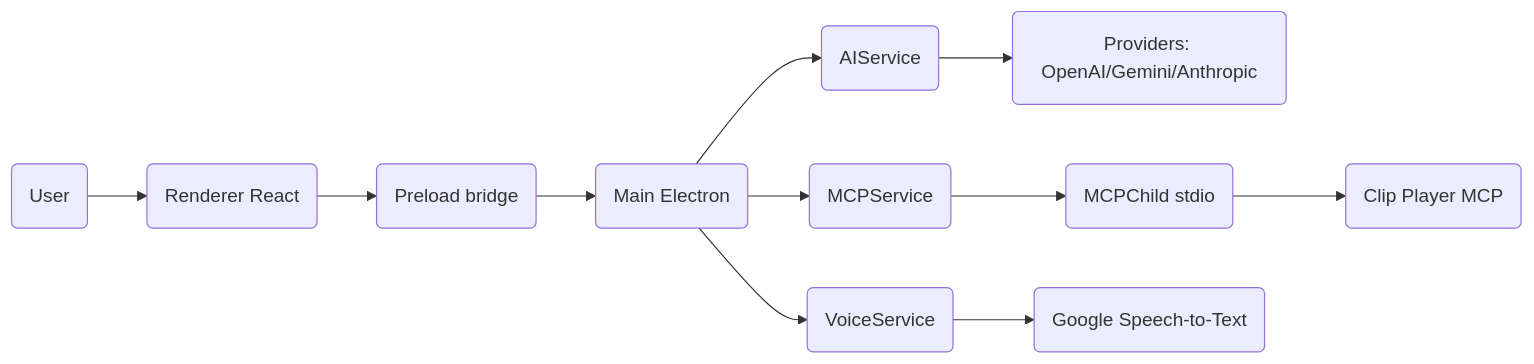
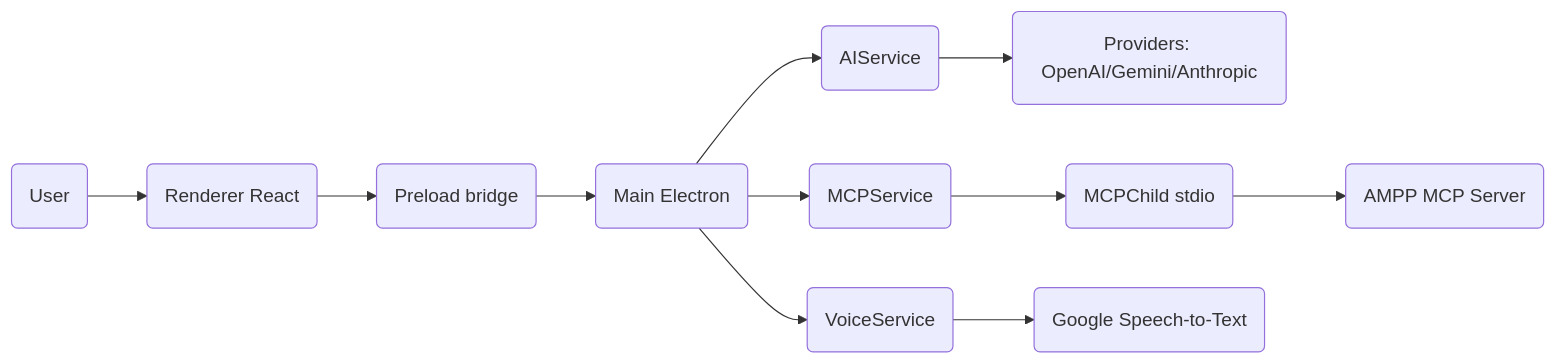
The first of 5 diagrams in docs/ARCHITECTURE.md (DJDodds/OctAIvius), drawn with Mermaid before and after one commit. The commit also changed other lines of this file and 50 other files, not shown here.

````diff
--- a/docs/ARCHITECTURE.md
+++ b/docs/ARCHITECTURE.md
@@ -16,13 +16,13 @@
 ```mermaid
 flowchart LR
   U(User) --> R(Renderer React)
   R --> P(Preload bridge)
   P --> M(Main Electron)
   M --> AIS(AIService)
   M --> MCPS(MCPService)
   M --> VS(VoiceService)
   AIS --> AIP(Providers: OpenAI/Gemini/Anthropic)
   MCPS --> CH(MCPChild stdio)
-  CH --> Srv(Clip Player MCP)
+  CH --> Srv(AMPP MCP Server)
   VS --> GCP(Google Speech-to-Text)
 ```
````
